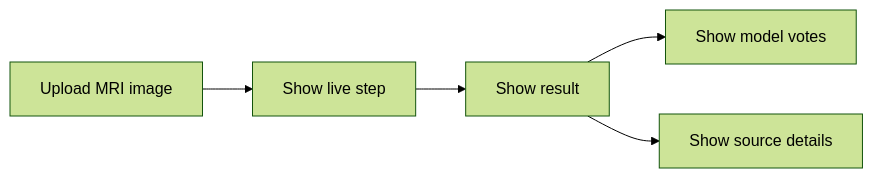
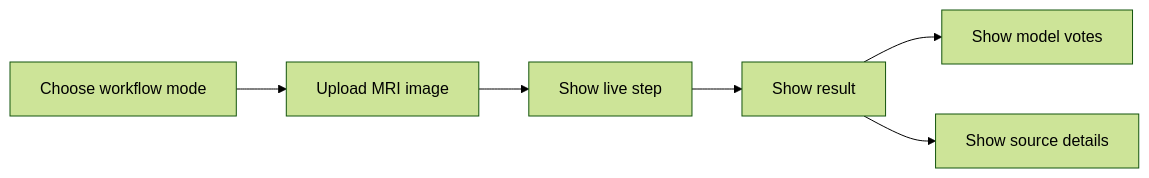
Before and after one commit to TopoVista/MRI-Brain-Tumor-Detection-Agentic-AI: the diagram in frontend/README.md, drawn with Mermaid (forest theme). The commit also changed other lines of this file and 11 other files, not shown here.

````diff
--- a/frontend/README.md
+++ b/frontend/README.md
@@ -40,7 +44,8 @@
 ```mermaid
 flowchart LR
-  A[Upload MRI image] --> B[Show live step]
-  B --> C[Show result]
-  C --> D[Show model votes]
-  C --> E[Show source details]
+  A[Choose workflow mode] --> B[Upload MRI image]
+  B --> C[Show live step]
+  C --> D[Show result]
+  D --> E[Show model votes]
+  D --> F[Show source details]
 ```
````
